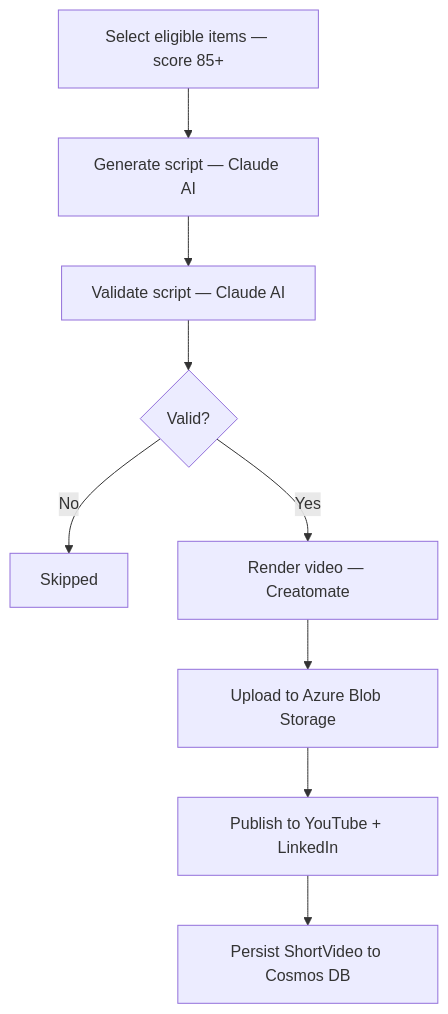
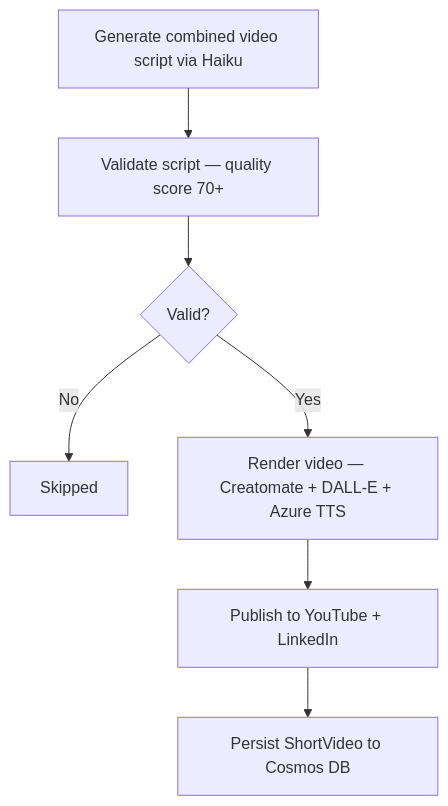
The fourth of 5 diagrams in README.md (Steinklo/dev-news), drawn with Mermaid before and after one commit. The commit also changed other lines of this file, not shown here.

First line of the commit message:
Update README with new social post pipeline and daily video

````diff
--- a/README.md
+++ b/README.md
@@ -35,11 +46,9 @@
 ```mermaid
 flowchart TD
-    A[Select eligible items — score 85+] --> B[Generate script — Claude AI]
-    B --> C[Validate script — Claude AI]
-    C --> D{Valid?}
-    D -- No --> E[Skipped]
-    D -- Yes --> F[Render video — Creatomate]
-    F --> G[Upload to Azure Blob Storage]
-    G --> H[Publish to YouTube + LinkedIn]
-    H --> I[Persist ShortVideo to Cosmos DB]
+    A[Generate combined video script via Haiku] --> B[Validate script — quality score 70+]
+    B --> C{Valid?}
+    C -- No --> D[Skipped]
+    C -- Yes --> E[Render video — Creatomate + DALL-E + Azure TTS]
+    E --> F[Publish to YouTube + LinkedIn]
+    F --> G[Persist ShortVideo to Cosmos DB]
 ```
````
